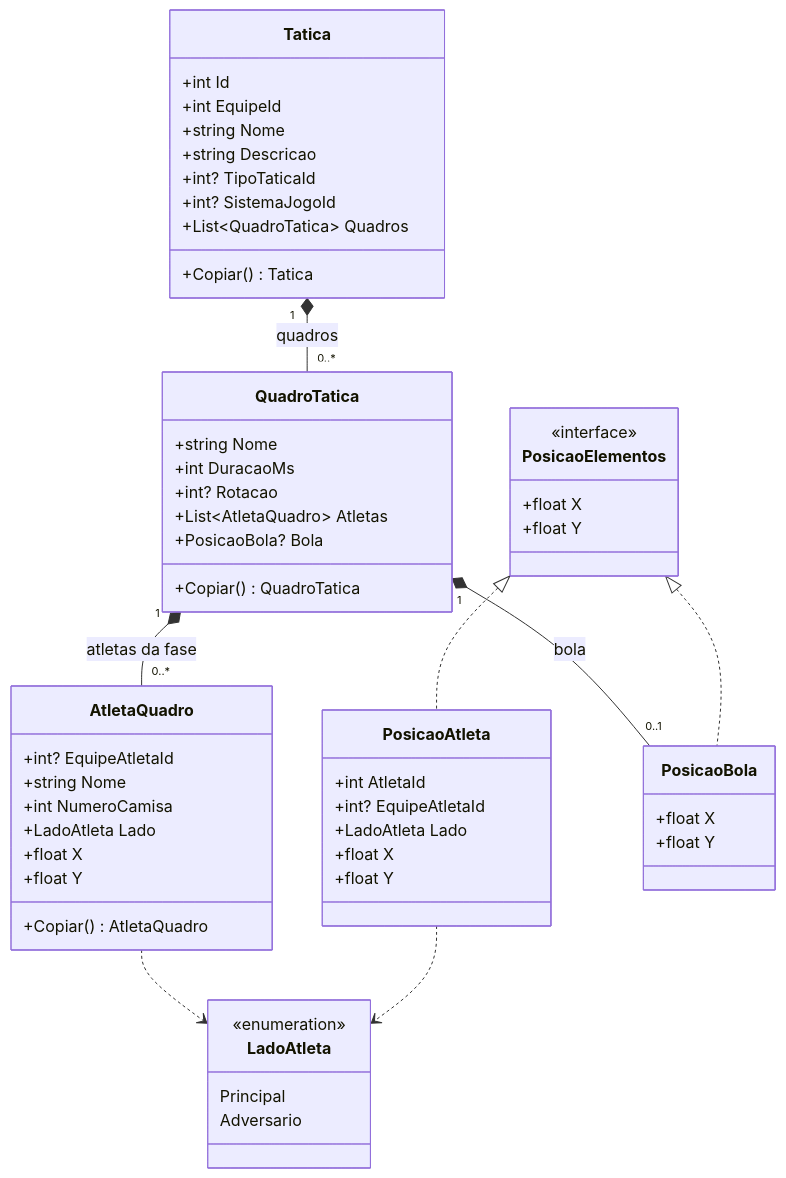
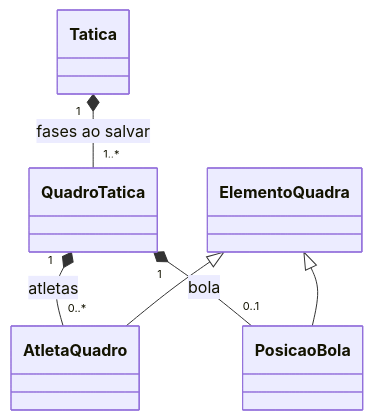
Before and after one commit to kauandragues/limk: the first of 2 diagrams in docs/diagramas-de-classes.md, drawn with Mermaid. The commit also changed other lines of this file and 56 other files, not shown here.

````diff
--- a/docs/diagramas-de-classes.md
+++ b/docs/diagramas-de-classes.md
@@ -9,65 +22,9 @@
 ```mermaid
 classDiagram
-    class Tatica {
-        +int Id
-        +int EquipeId
-        +string Nome
-        +string Descricao
-        +int? TipoTaticaId
-        +int? SistemaJogoId
-        +List~QuadroTatica~ Quadros
-        +Copiar() Tatica
-    }
-
-    class QuadroTatica {
-        +string Nome
-        +int DuracaoMs
-        +int? Rotacao
-        +List~AtletaQuadro~ Atletas
-        +PosicaoBola? Bola
-        +Copiar() QuadroTatica
-    }
-
-    class AtletaQuadro {
-        +int? EquipeAtletaId
-        +string Nome
-        +int NumeroCamisa
-        +LadoAtleta Lado
-        +float X
-        +float Y
-        +Copiar() AtletaQuadro
-    }
-
-    class PosicaoElementos {
-        <<interface>>
-        +float X
-        +float Y
-    }
-
-    class PosicaoAtleta {
-        +int AtletaId
-        +int? EquipeAtletaId
-        +LadoAtleta Lado
-        +float X
-        +float Y
-    }
-
-    class PosicaoBola {
-        +float X
-        +float Y
-    }
-
-    class LadoAtleta {
-        <<enumeration>>
-        Principal
-        Adversario
-    }
-
-    Tatica "1" *-- "0..*" QuadroTatica : quadros
-    QuadroTatica "1" *-- "0..*" AtletaQuadro : atletas da fase
+    direction TB
+    Tatica "1" *-- "1..*" QuadroTatica : fases ao salvar
+    QuadroTatica "1" *-- "0..*" AtletaQuadro : atletas
     QuadroTatica "1" *-- "0..1" PosicaoBola : bola
-    PosicaoElementos <|.. PosicaoAtleta
-    PosicaoElementos <|.. PosicaoBola
-    AtletaQuadro ..> LadoAtleta
-    PosicaoAtleta ..> LadoAtleta
+    ElementoQuadra <|-- AtletaQuadro
+    ElementoQuadra <|-- PosicaoBola
 ```
````
